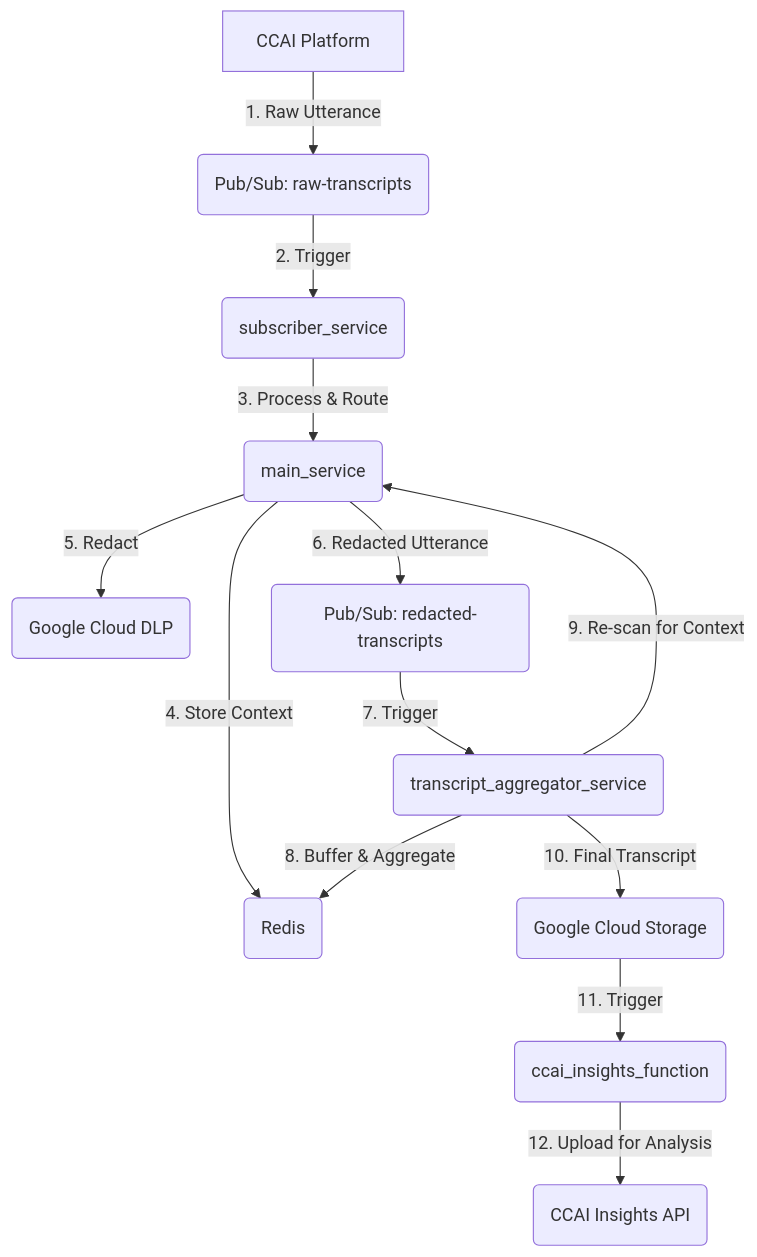
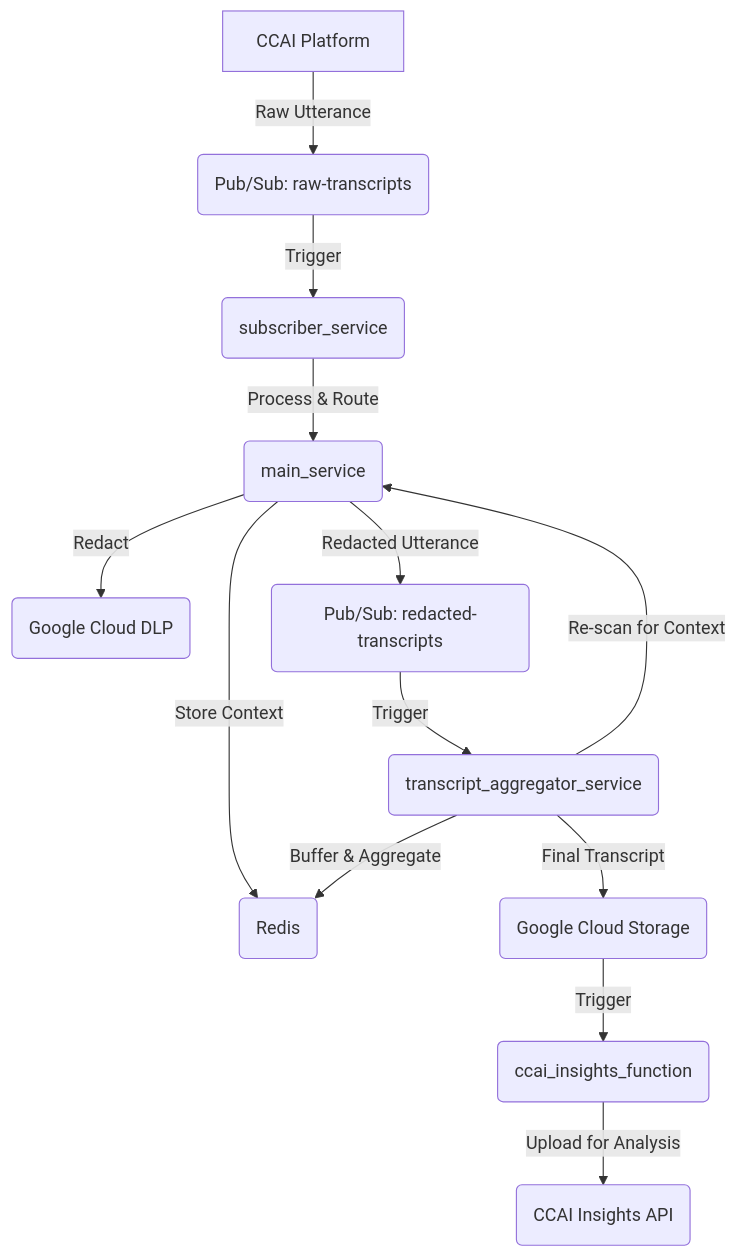
The first of 2 diagrams in README.md (iyngr/context-based-pii), drawn with Mermaid before and after one commit.

Commit message:
refactor: Simplify data flow diagram in README for improved readability

````diff
--- a/README.md
+++ b/README.md
@@ -18,15 +18,15 @@
 ```mermaid
 graph TD
-    A[CCAI Platform] -->|1. Raw Utterance| B(Pub/Sub: raw-transcripts);
-    B -->|2. Trigger| C(subscriber_service);
-    C -->|3. Process & Route| D(main_service);
-    D -->|4. Store Context| E(Redis);
-    D -->|5. Redact| F(Google Cloud DLP);
-    D -->|6. Redacted Utterance| G(Pub/Sub: redacted-transcripts);
-    G -->|7. Trigger| H(transcript_aggregator_service);
-    H -->|8. Buffer & Aggregate| E;
-    H -->|9. Re-scan for Context| D;
-    H -->|10. Final Transcript| I(Google Cloud Storage);
-    I -->|11. Trigger| J(ccai_insights_function);
-    J -->|12. Upload for Analysis| K(CCAI Insights API);
+    A[CCAI Platform] -->|Raw Utterance| B(Pub/Sub: raw-transcripts);
+    B -->|Trigger| C(subscriber_service);
+    C -->|Process & Route| D(main_service);
+    D -->|Store Context| E(Redis);
+    D -->|Redact| F(Google Cloud DLP);
+    D -->|Redacted Utterance| G(Pub/Sub: redacted-transcripts);
+    G -->|Trigger| H(transcript_aggregator_service);
+    H -->|Buffer & Aggregate| E;
+    H -->|Re-scan for Context| D;
+    H -->|Final Transcript| I(Google Cloud Storage);
+    I -->|Trigger| J(ccai_insights_function);
+    J -->|Upload for Analysis| K(CCAI Insights API);
 ```
````
